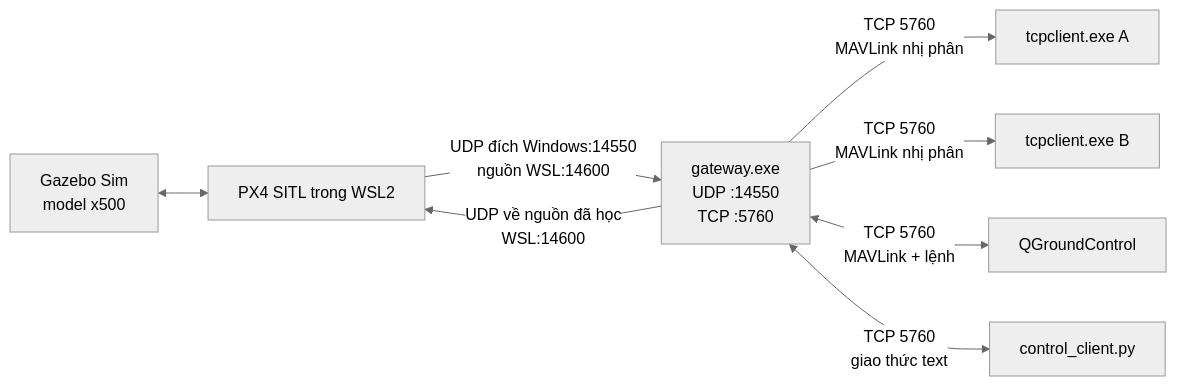
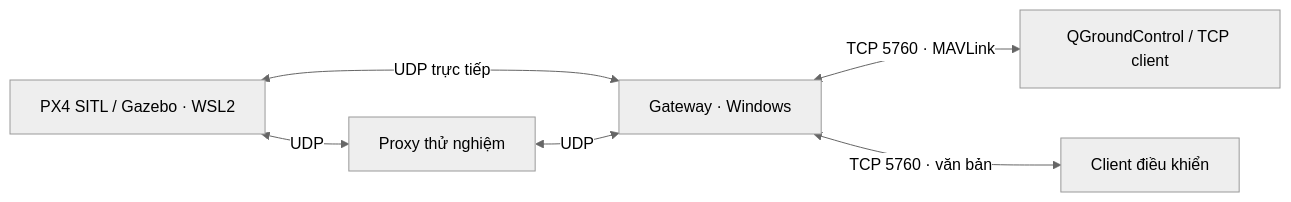
One commit to Duy-OC/N44_2026_LTM_042_052 changed the diagram in README.md. Above: the diagram before and after it, drawn with Mermaid (neutral theme). The commit also changed other lines of this file and 2 other files, not shown here.

Commit message:
docs: update README and add MAVLink Gateway report and measurement guide

````diff
--- a/README.md
+++ b/README.md
@@ -23,11 +18,8 @@
 ```mermaid
 flowchart LR
-    GZ["Gazebo Sim<br/>model x500"] <--> PX4["PX4 SITL trong WSL2"]
-    PX4 -- "UDP đích Windows:14550<br/>nguồn WSL:14600" --> GW["gateway.exe<br/>UDP :14550<br/>TCP :5760"]
-    GW -- "UDP về nguồn đã học<br/>WSL:14600" --> PX4
-
-    GW -- "TCP 5760<br/>MAVLink nhị phân" --> D1["tcpclient.exe A"]
-    GW -- "TCP 5760<br/>MAVLink nhị phân" --> D2["tcpclient.exe B"]
-    GW <-->|"TCP 5760<br/>MAVLink + lệnh"| QGC["QGroundControl"]
-    GW <-->|"TCP 5760<br/>giao thức text"| CTL["control_client.py"]
+    PX4["PX4 SITL / Gazebo · WSL2"] <-->|"UDP trực tiếp"| GW["Gateway · Windows"]
+    PX4 <-->|"UDP"| P["Proxy thử nghiệm"]
+    P <-->|"UDP"| GW
+    GW <-->|"TCP 5760 · MAVLink"| QGC["QGroundControl / TCP client"]
+    GW <-->|"TCP 5760 · văn bản"| CLI["Client điều khiển"]
 ```
````
